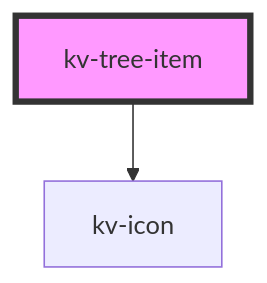
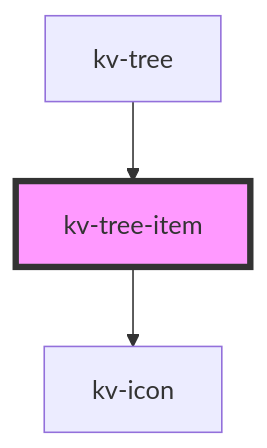
The diagram in packages/ui-components/src/components/tree-item/readme.md (kelvininc/ui-components), drawn with Mermaid before and after one commit. The commit also changed other lines of this file and 15 other files, not shown here.

````diff
--- a/packages/ui-components/src/components/tree-item/readme.md
+++ b/packages/ui-components/src/components/tree-item/readme.md
@@ -161,5 +165,6 @@
 ```mermaid
 graph TD;
   kv-tree-item --> kv-icon
+  kv-tree --> kv-tree-item
   style kv-tree-item fill:#f9f,stroke:#333,stroke-width:4px
 ```
````
